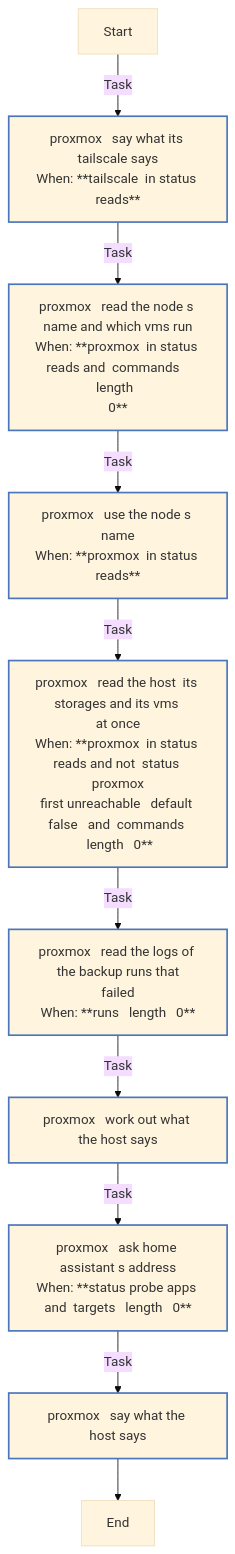
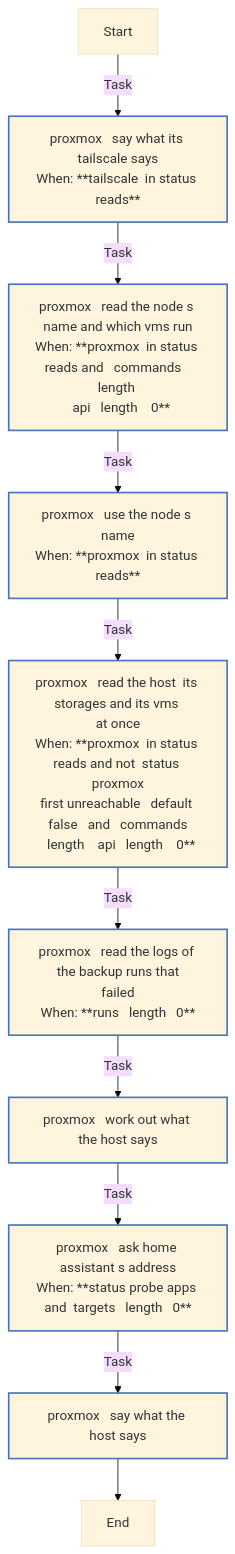
One commit to kawadeomkar/homeserver changed the third of 4 diagrams in roles/status/REFERENCE.md. Above: the diagram before and after it, drawn with Mermaid (base theme). The commit also changed other lines of this file and 27 other files, not shown here.

````diff
--- a/roles/status/REFERENCE.md
+++ b/roles/status/REFERENCE.md
@@ -743,22 +789,22 @@
 ```mermaid
 flowchart TD
 Start
 classDef block stroke:#3498db,stroke-width:2px;
 classDef task stroke:#4b76bb,stroke-width:2px;
 classDef includeTasks stroke:#16a085,stroke-width:2px;
 classDef importTasks stroke:#34495e,stroke-width:2px;
 classDef includeRole stroke:#2980b9,stroke-width:2px;
 classDef importRole stroke:#699ba7,stroke-width:2px;
 classDef includeVars stroke:#8e44ad,stroke-width:2px;
 classDef rescue stroke:#665352,stroke-width:2px;
 
   Start-->|Task| proxmox___Say_what_its_Tailscale_says0[proxmox   say what its tailscale says<br>When: **tailscale  in status reads**]:::task
-  proxmox___Say_what_its_Tailscale_says0-->|Task| proxmox___Read_the_node_s_name_and_which_VMs_run1[proxmox   read the node s name and which vms run<br>When: **proxmox  in status reads and  commands   length  <br>0**]:::task
+  proxmox___Say_what_its_Tailscale_says0-->|Task| proxmox___Read_the_node_s_name_and_which_VMs_run1[proxmox   read the node s name and which vms run<br>When: **proxmox  in status reads and   commands   length <br>  api   length    0**]:::task
   proxmox___Read_the_node_s_name_and_which_VMs_run1-->|Task| proxmox___Use_the_node_s_name2[proxmox   use the node s name<br>When: **proxmox  in status reads**]:::task
-  proxmox___Use_the_node_s_name2-->|Task| proxmox___Read_the_host__its_storages_and_its_VMs__at_once3[proxmox   read the host  its storages and its vms <br>at once<br>When: **proxmox  in status reads and not  status proxmox<br>first unreachable   default false   and  commands <br> length   0**]:::task
+  proxmox___Use_the_node_s_name2-->|Task| proxmox___Read_the_host__its_storages_and_its_VMs__at_once3[proxmox   read the host  its storages and its vms <br>at once<br>When: **proxmox  in status reads and not  status proxmox<br>first unreachable   default false   and   commands<br>  length    api   length    0**]:::task
   proxmox___Read_the_host__its_storages_and_its_VMs__at_once3-->|Task| proxmox___Read_the_logs_of_the_backup_runs_that_failed4[proxmox   read the logs of the backup runs that<br>failed<br>When: **runs   length   0**]:::task
   proxmox___Read_the_logs_of_the_backup_runs_that_failed4-->|Task| proxmox___Work_out_what_the_host_says5[proxmox   work out what the host says]:::task
   proxmox___Work_out_what_the_host_says5-->|Task| proxmox___Ask_Home_Assistant_s_address6[proxmox   ask home assistant s address<br>When: **status probe apps and  targets   length   0**]:::task
   proxmox___Ask_Home_Assistant_s_address6-->|Task| proxmox___Say_what_the_host_says7[proxmox   say what the host says]:::task
   proxmox___Say_what_the_host_says7-->End
 ```
````
